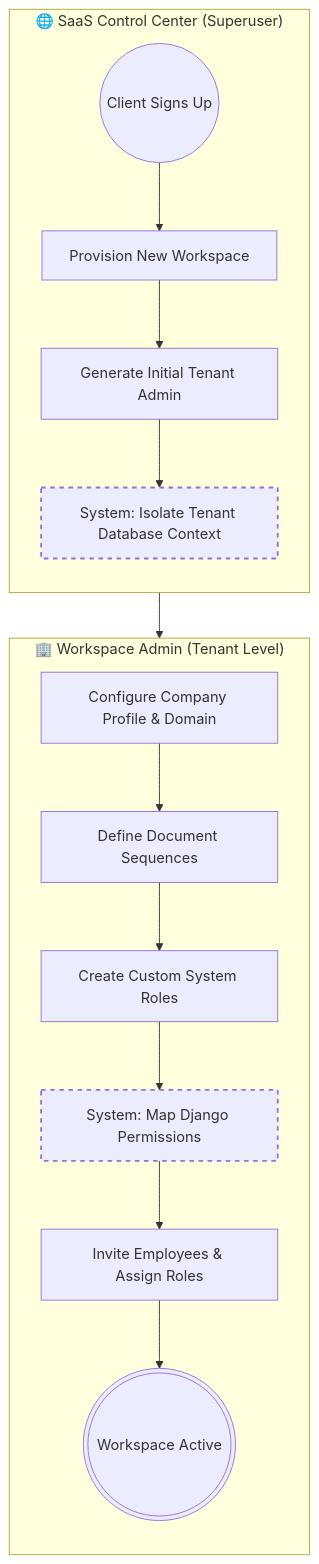
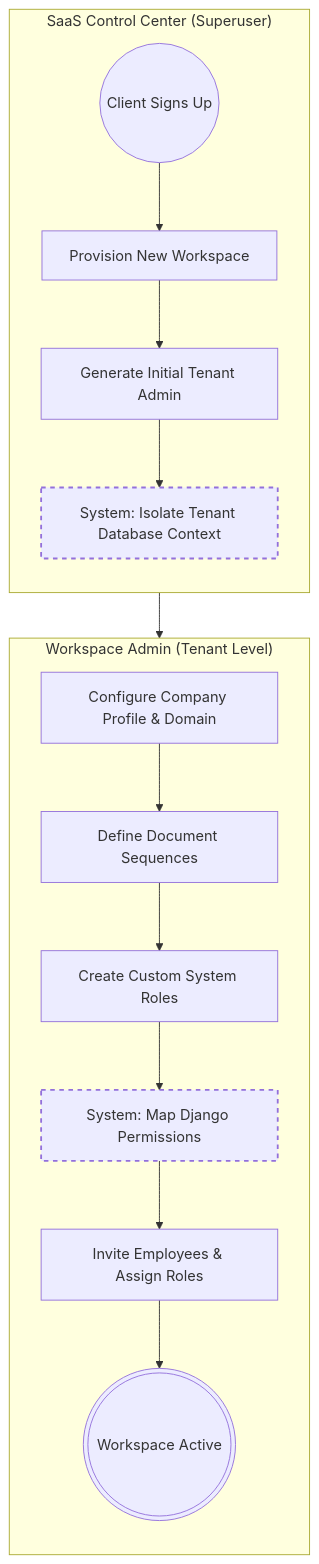
One commit to amirhosseinse7/NexusERP changed the second of 3 diagrams in docs/SYSTEM_MAP.md. Above: the diagram before and after it, drawn with Mermaid. The commit also changed other lines of this file and 1 other file, not shown here.

````diff
--- a/docs/SYSTEM_MAP.md
+++ b/docs/SYSTEM_MAP.md
@@ -51,23 +49,23 @@
 ```mermaid
 flowchart TD
     classDef startEvent stroke-width:2px,stroke:#28a745;
     classDef endEvent stroke-width:2px,stroke:#dc3545;
     classDef systemTask stroke-width:2px,stroke-dasharray: 5 5;
 
-    subgraph GlobalAdmin ["🌐 SaaS Control Center (Superuser)"]
+    subgraph GlobalAdmin ["SaaS Control Center (Superuser)"]
         direction TB
         Start((Client Signs Up)) --> ProvTenant[Provision New Workspace]
         ProvTenant --> GenAdmin[Generate Initial Tenant Admin]
         GenAdmin --> Isolate[System: Isolate Tenant Database Context]:::systemTask
     end
 
-    subgraph TenantAdmin ["🏢 Workspace Admin (Tenant Level)"]
+    subgraph TenantAdmin ["Workspace Admin (Tenant Level)"]
         direction TB
         Isolate --> ConfigCorp[Configure Company Profile & Domain]
         ConfigCorp --> ConfigSeq[Define Document Sequences]
         ConfigSeq --> CreateRoles[Create Custom System Roles]
         CreateRoles --> MapPerms[System: Map Django Permissions]:::systemTask
         MapPerms --> AddUsers[Invite Employees & Assign Roles]
         AddUsers --> Active(((Workspace Active)))
     end
 ```
````
